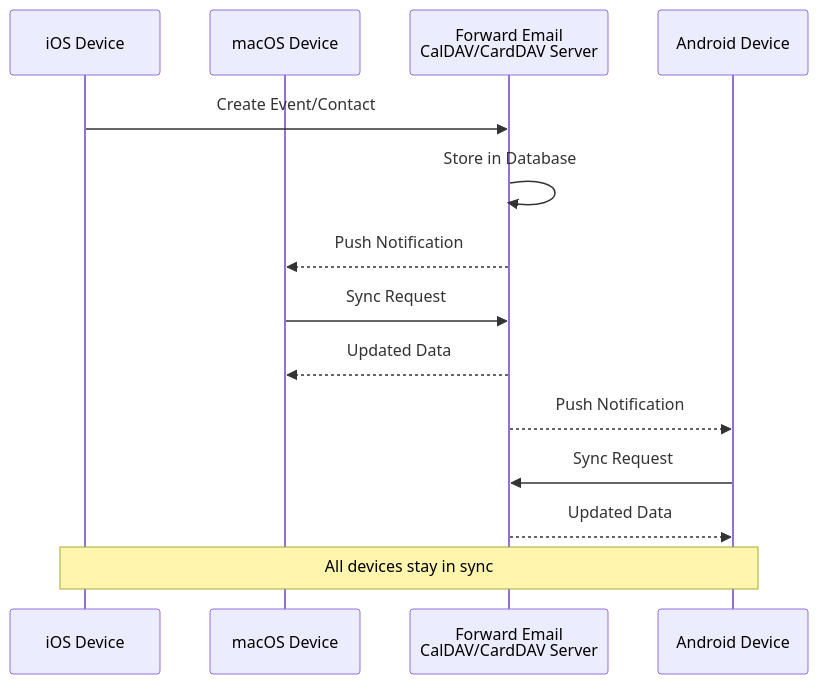
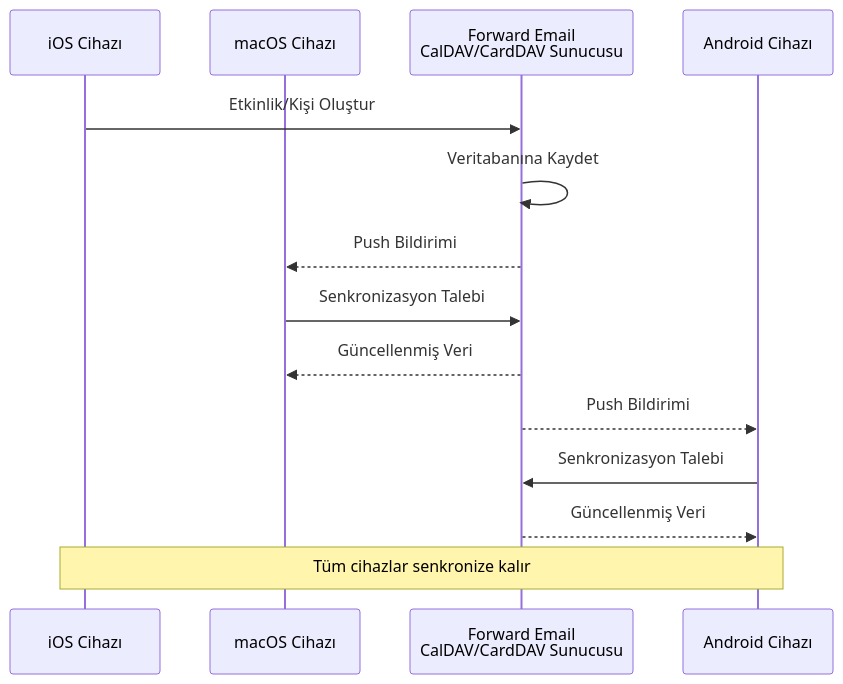
Before and after one commit to forwardemail/forwardemail.net: the eighth of 16 diagrams in app/views/docs/email-protocols-rfc-compliance-imap-smtp-pop3-comparison/index-tr.md, drawn with Mermaid. The commit also changed other lines of this file and 1055 other files, not shown here.

````diff
--- a/app/views/docs/email-protocols-rfc-compliance-imap-smtp-pop3-comparison/index-tr.md
+++ b/app/views/docs/email-protocols-rfc-compliance-imap-smtp-pop3-comparison/index-tr.md
@@ -1070,18 +1063,18 @@
 ```mermaid
 sequenceDiagram
-    participant iOS as iOS Device
-    participant Mac as macOS Device
-    participant FE as Forward Email<br/>CalDAV/CardDAV Server
-    participant Android as Android Device
+    participant iOS as iOS Cihazı
+    participant Mac as macOS Cihazı
+    participant FE as Forward Email<br/>CalDAV/CardDAV Sunucusu
+    participant Android as Android Cihazı
 
-    iOS->>FE: Create Event/Contact
-    FE->>FE: Store in Database
-    FE-->>Mac: Push Notification
-    Mac->>FE: Sync Request
-    FE-->>Mac: Updated Data
-    FE-->>Android: Push Notification
-    Android->>FE: Sync Request
-    FE-->>Android: Updated Data
+    iOS->>FE: Etkinlik/Kişi Oluştur
+    FE->>FE: Veritabanına Kaydet
+    FE-->>Mac: Push Bildirimi
+    Mac->>FE: Senkronizasyon Talebi
+    FE-->>Mac: Güncellenmiş Veri
+    FE-->>Android: Push Bildirimi
+    Android->>FE: Senkronizasyon Talebi
+    FE-->>Android: Güncellenmiş Veri
 
-    Note over iOS,Android: All devices stay in sync
+    Note over iOS,Android: Tüm cihazlar senkronize kalır
 ```
````
